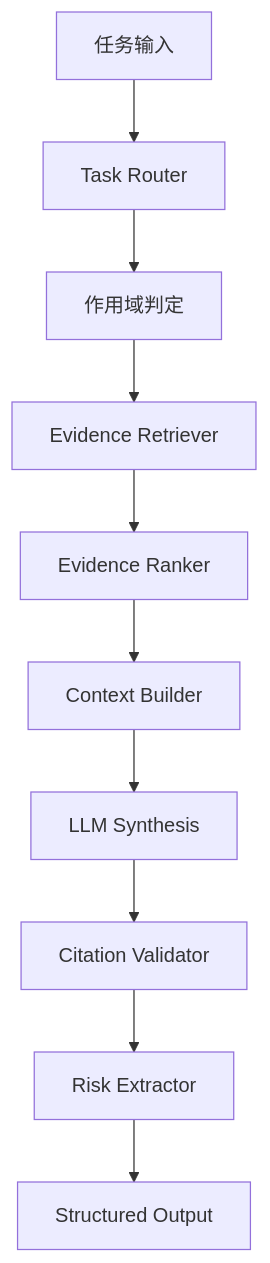
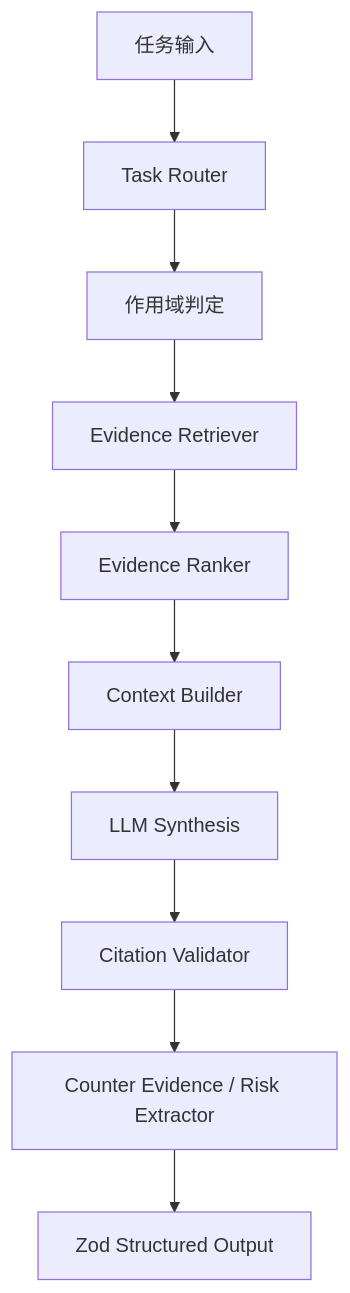
The ninth of 15 diagrams in docs/technical-architecture.md (583175694/alpha-sight), drawn with Mermaid before and after one commit. The commit also changed other lines of this file and 1 other file, not shown here.

First line of the commit message:
feat: update technical architecture documentation for v0.3

````diff
--- a/docs/technical-architecture.md
+++ b/docs/technical-architecture.md
@@ -669,15 +815,15 @@
 ```mermaid
 flowchart TD
     A[任务输入]
     B[Task Router]
     C[作用域判定]
     D[Evidence Retriever]
     E[Evidence Ranker]
     F[Context Builder]
     G[LLM Synthesis]
     H[Citation Validator]
-    I[Risk Extractor]
-    J[Structured Output]
+    I[Counter Evidence / Risk Extractor]
+    J[Zod Structured Output]
 
     A --> B --> C --> D --> E --> F --> G --> H --> I --> J
 ```
````
